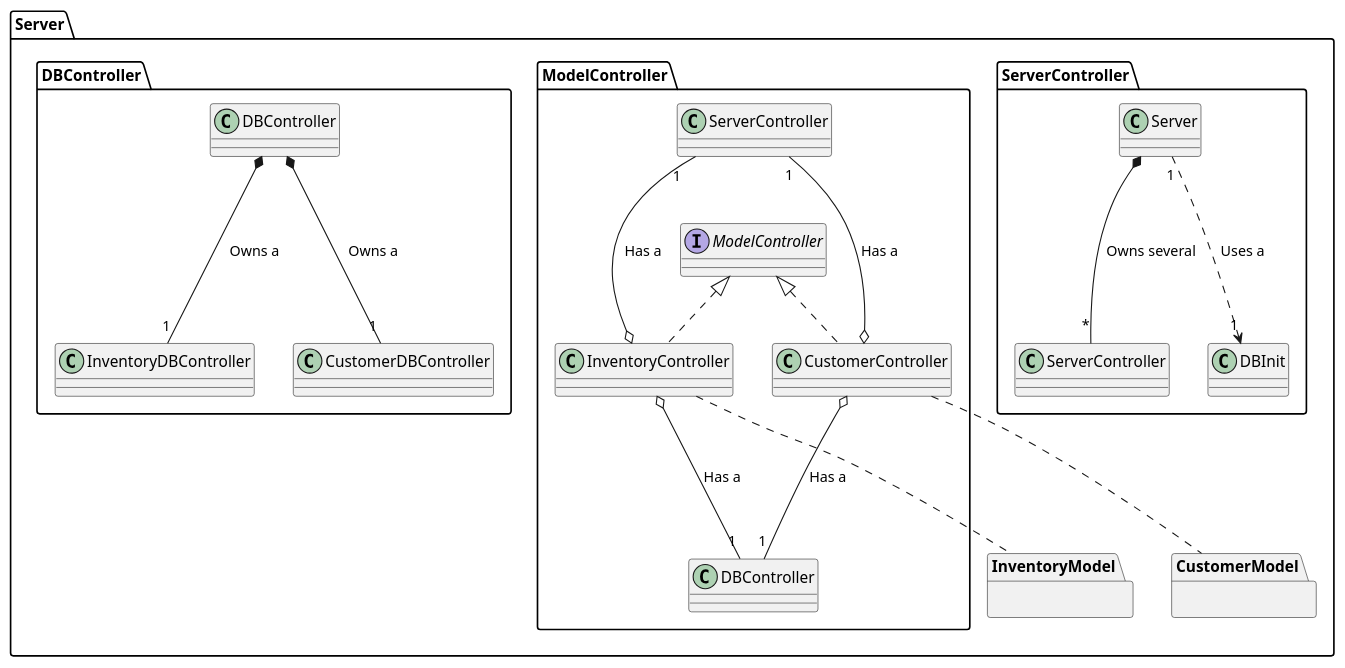
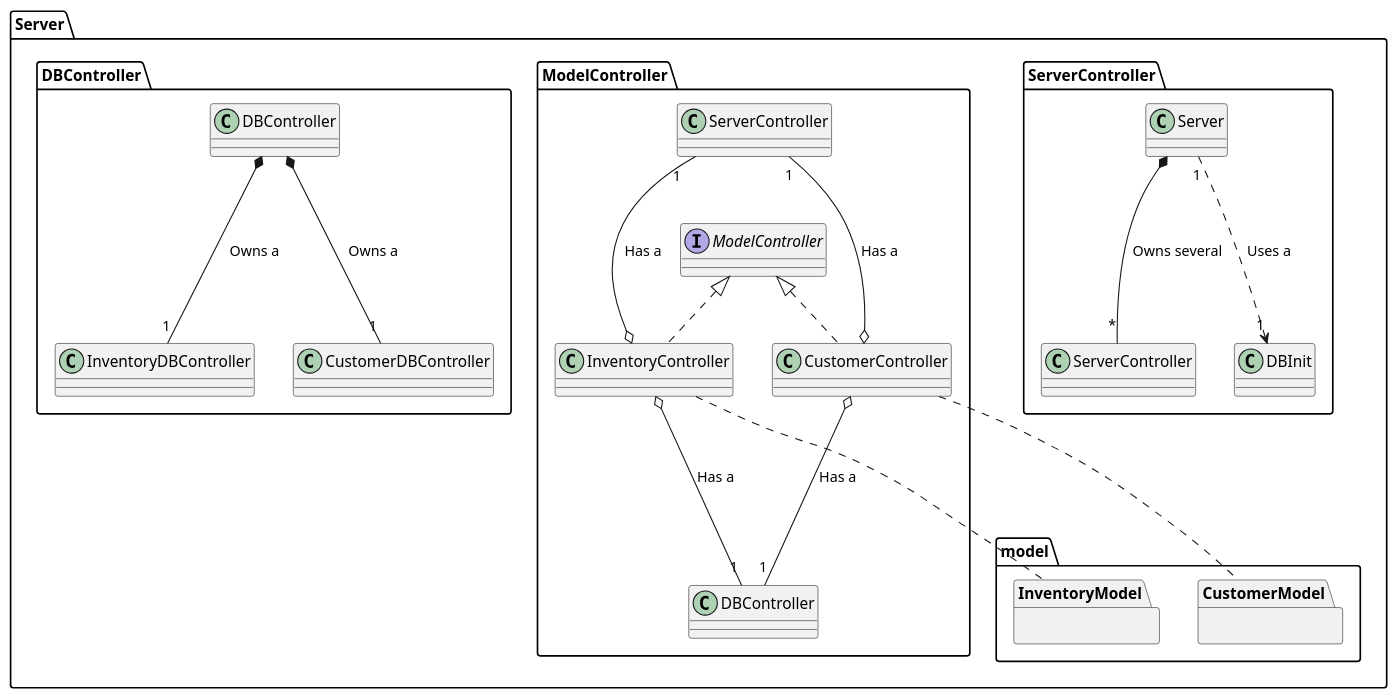
One commit to mklasby/MVC-Distributed-Inventory-Management changed the diagram in UML Models/ServerPackage.md. Above: the diagram before and after it, drawn with PlantUML. The commit also changed 9 other files, not shown here.

```diff
--- a/UML Models/ServerPackage.md
+++ b/UML Models/ServerPackage.md
@@ -1,71 +1,75 @@
 @startuml
 
 package Server{
     package ServerController{
         class Server{
 
         }
         class ServerController{
 
         }
 
         class DBInit{
 
         }
 
         Server *--- "*" ServerController: Owns several
         Server "1" ...> "1" DBInit: Uses a
     }
     
     package ModelController{
         interface ModelController{
 
         }
         class InventoryController implements ModelController{
 
         }
         class CustomerController implements ModelController{
 
         }
 
         ServerController "1" ---o InventoryController: Has a
         ServerController "1 "---o CustomerController: Has a
         InventoryController o--- "1" DBController: Has a
         CustomerController o--- "1" DBController: Has a
     }
 
-    package InventoryModel{
+    package model{
+        package InventoryModel{
 
+        }
+
+        package CustomerModel{
+
+        }
     }
 
-    package CustomerModel{
 
-    }
 
     package DBController{
 
         class DBController{
 
         }
 
         class InventoryDBController{
 
         }
 
         class CustomerDBController{
 
         }
 
 
         DBController *--- "1" InventoryDBController: Owns a
         DBController *--- "1" CustomerDBController: Owns a
 
     }
 
     InventoryController ... InventoryModel
     CustomerController ... CustomerModel
 }
 
 
 
 @enduml
```
